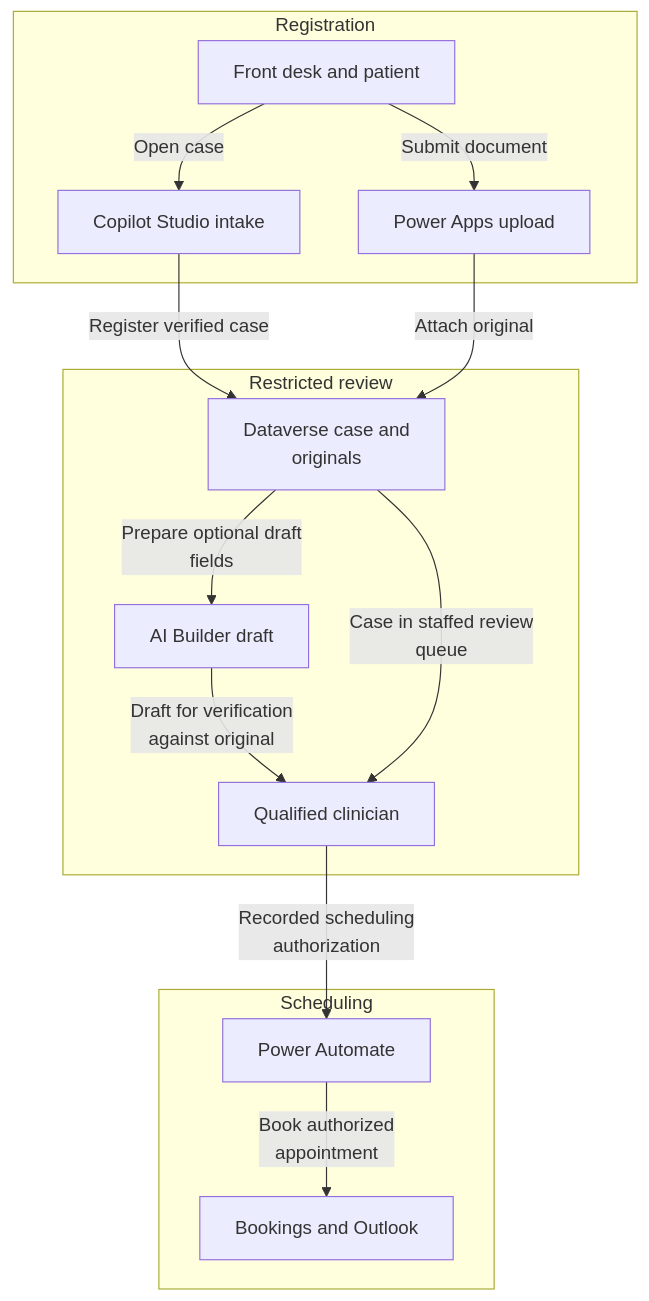
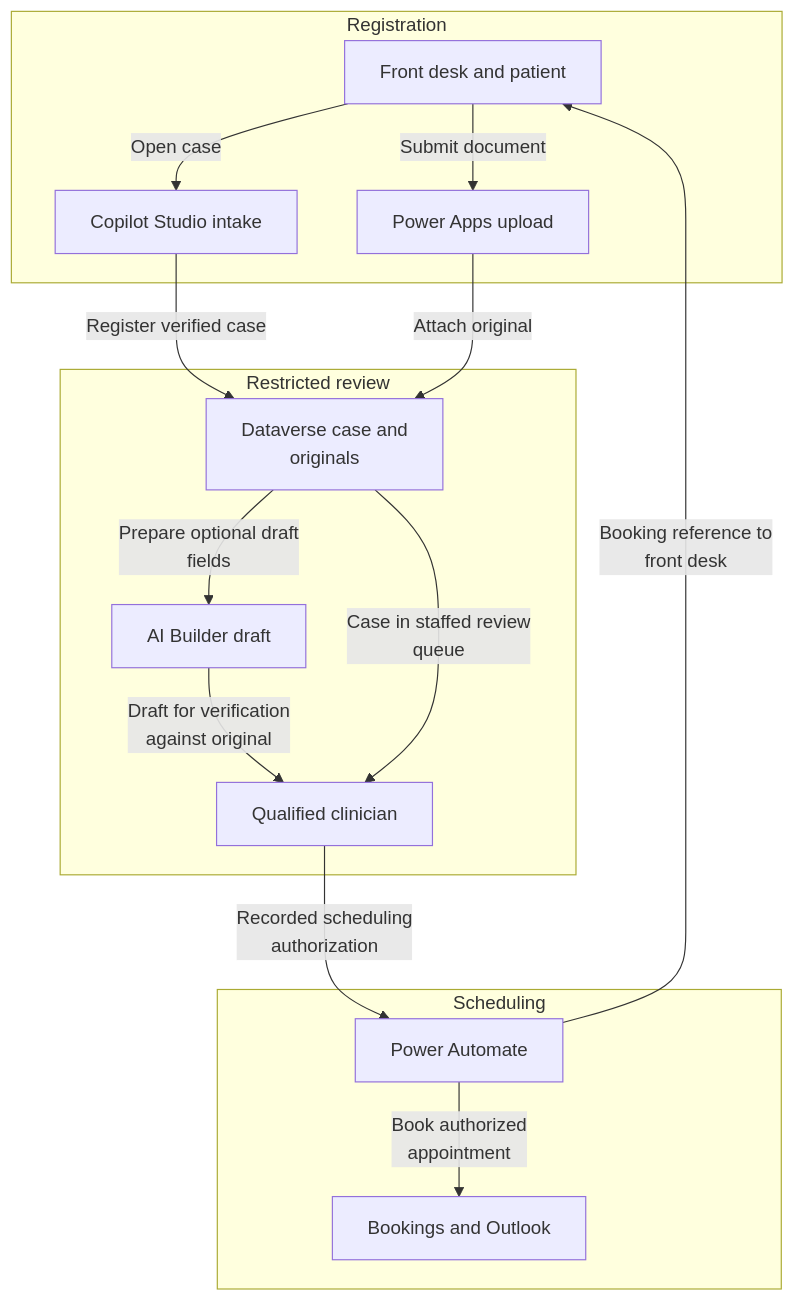
One commit to abhishek-ai-enabler/copilotstudio-architecture-patterns changed the first of 2 diagrams in solution-ideas/cardiology-intake.md. Above: the diagram before and after it, drawn with Mermaid. The commit also changed other lines of this file and 41 other files, not shown here.

First line of the commit message:
Review diagrams: add return paths and fix flow accuracy

````diff
--- a/solution-ideas/cardiology-intake.md
+++ b/solution-ideas/cardiology-intake.md
@@ -7,28 +7,29 @@
 ```mermaid
 flowchart TB
     accTitle: Clinician-reviewed cardiology intake and scheduling - architecture
     accDescr: Approve scheduling only on a recorded clinician decision for the verified case. A completed upload or successful extraction must never release the booking step.
     subgraph group0["Registration"]
         U["Front desk and patient"]
         A["Copilot Studio intake"]
         P["Power Apps upload"]
     end
     subgraph group3["Restricted review"]
         D["Dataverse case and<br/>originals"]
         X["AI Builder draft"]
         H["Qualified clinician"]
     end
     subgraph group6["Scheduling"]
         F["Power Automate"]
         B["Bookings and Outlook"]
     end
     U -->|"Open case"| A
     U -->|"Submit document"| P
     A -->|"Register verified case"| D
     P -->|"Attach original"| D
     D -->|"Prepare optional draft<br/>fields"| X
     X -->|"Draft for verification<br/>against original"| H
     D -->|"Case in staffed review<br/>queue"| H
     H -->|"Recorded scheduling<br/>authorization"| F
     F -->|"Book authorized<br/>appointment"| B
+    F -->|"Booking reference to<br/>front desk"| U
 ```
````
